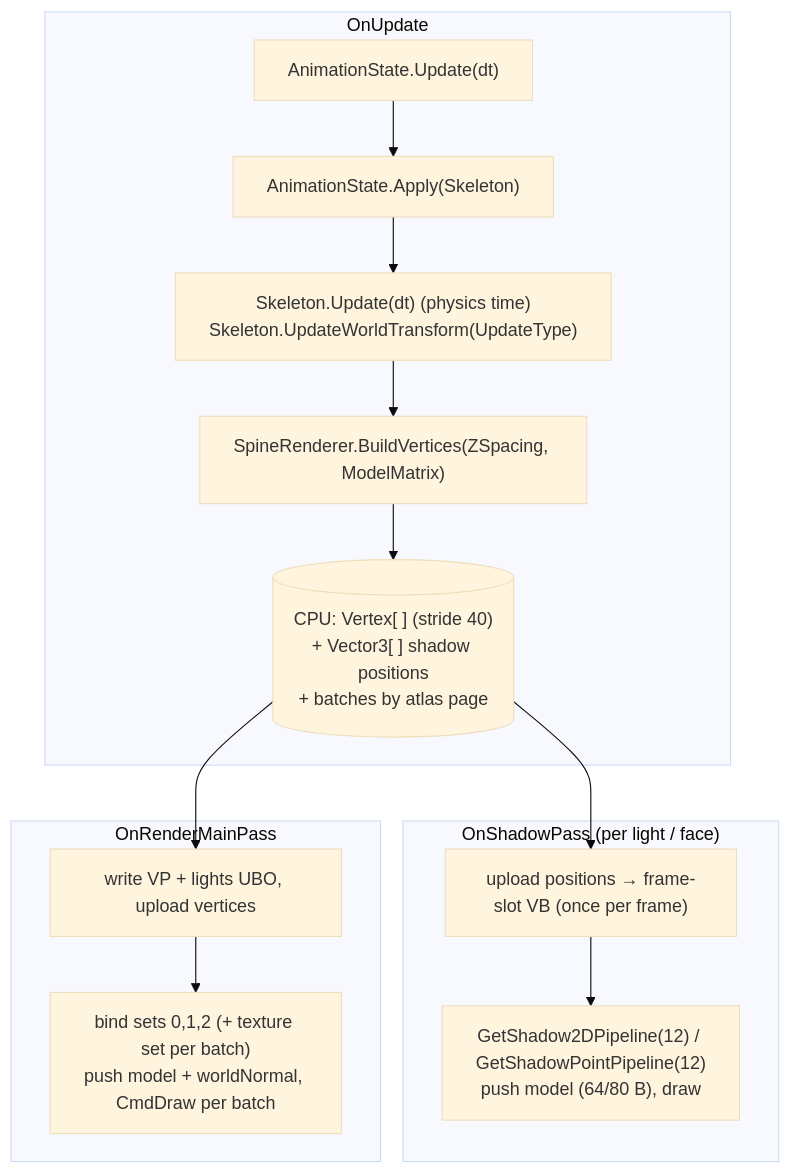
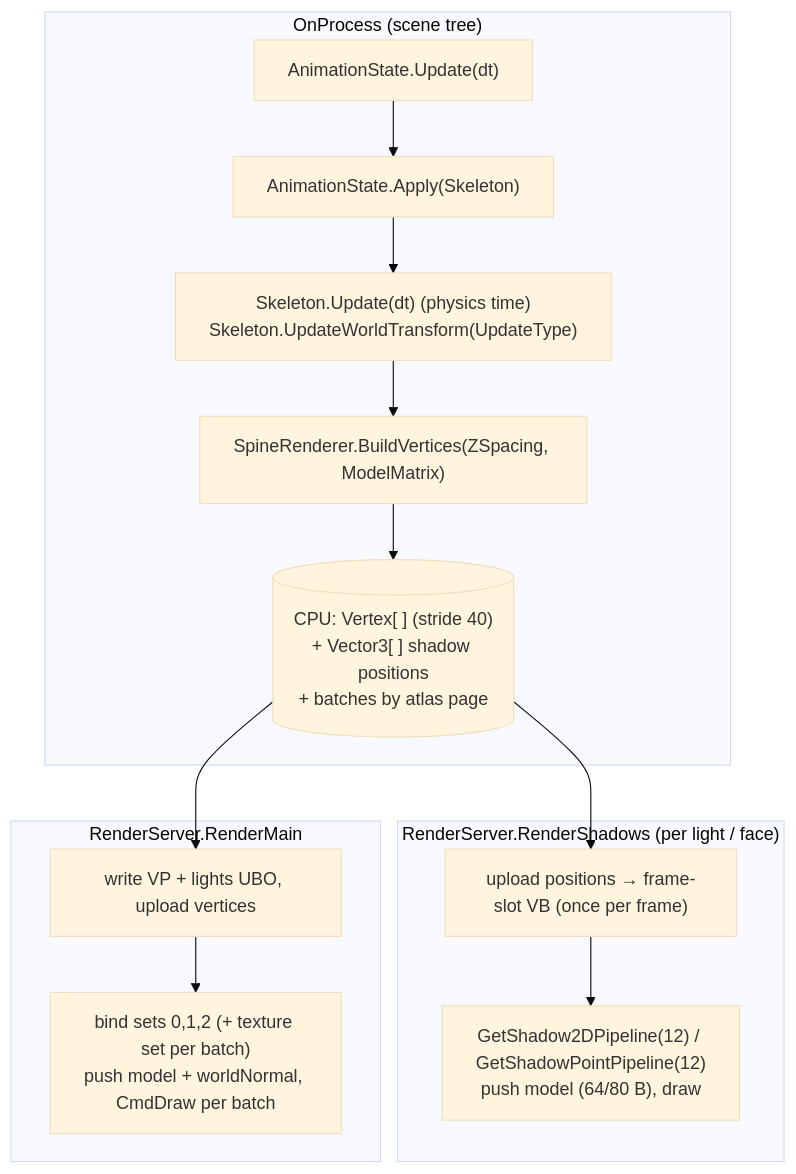
One commit to Mainframe-Games/mainframe-engine changed the diagram in docs/design/spine.md. Above: the diagram before and after it, drawn with Mermaid (base theme). The commit also changed other lines of this file and 30 other files, not shown here.

````diff
--- a/docs/design/spine.md
+++ b/docs/design/spine.md
@@ -34,17 +35,17 @@
 ```mermaid
 flowchart TD
-    subgraph Update["OnUpdate"]
+    subgraph Update["OnProcess (scene tree)"]
         U1["AnimationState.Update(dt)"] --> U2["AnimationState.Apply(Skeleton)"]
         U2 --> U3["Skeleton.Update(dt) (physics time)<br/>Skeleton.UpdateWorldTransform(UpdateType)"]
         U3 --> U4["SpineRenderer.BuildVertices(ZSpacing, ModelMatrix)"]
         U4 --> V[("CPU: Vertex[ ] (stride 40)<br/>+ Vector3[ ] shadow positions<br/>+ batches by atlas page")]
     end
-    subgraph Shadow["OnShadowPass (per light / face)"]
+    subgraph Shadow["RenderServer.RenderShadows (per light / face)"]
         V --> S1["upload positions → frame-slot VB (once per frame)"]
         S1 --> S2["GetShadow2DPipeline(12) / GetShadowPointPipeline(12)<br/>push model (64/80 B), draw"]
     end
-    subgraph Main["OnRenderMainPass"]
+    subgraph Main["RenderServer.RenderMain"]
         V --> M1["write VP + lights UBO, upload vertices"]
         M1 --> M2["bind sets 0,1,2 (+ texture set per batch)<br/>push model + worldNormal, CmdDraw per batch"]
     end
 ```
````
